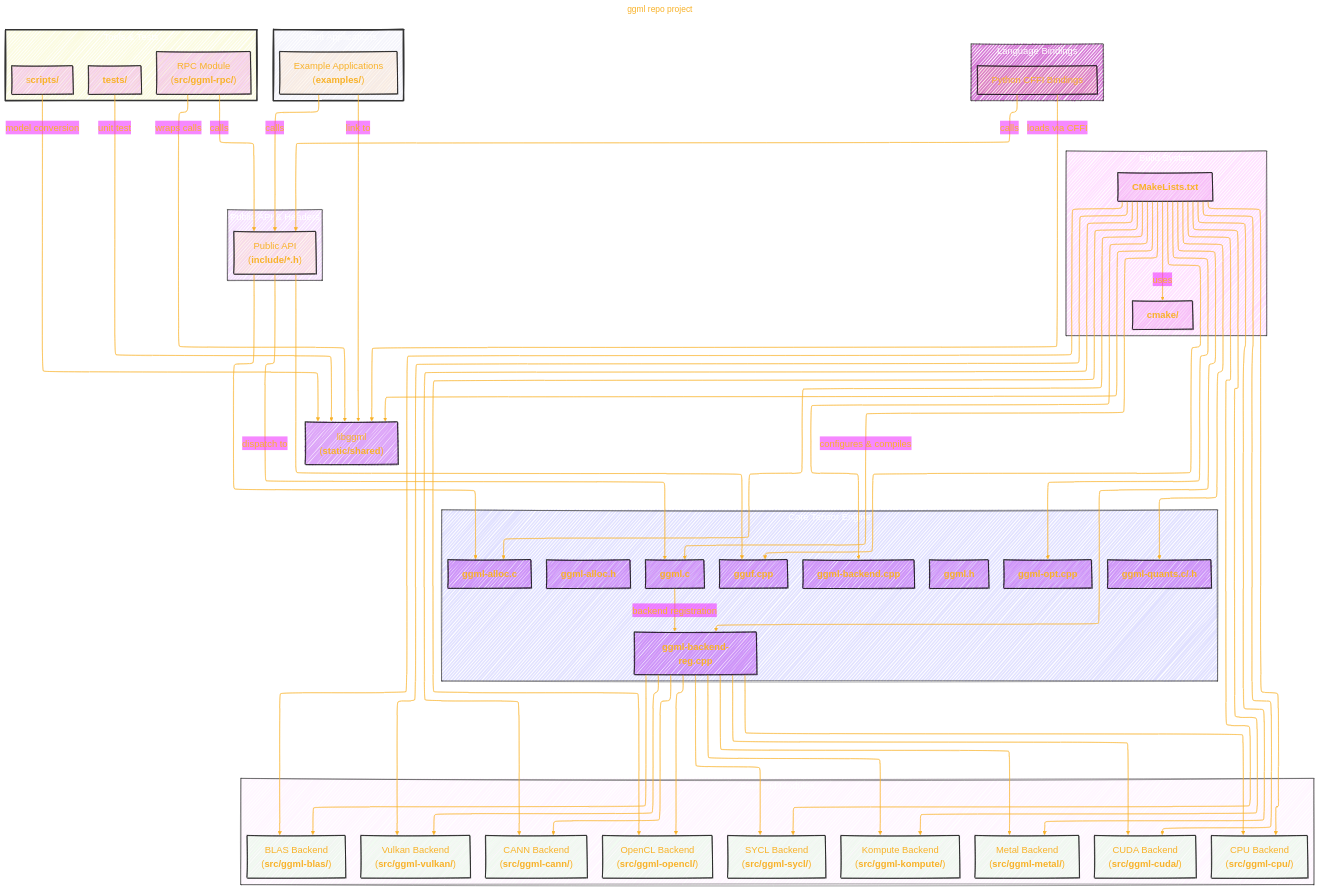
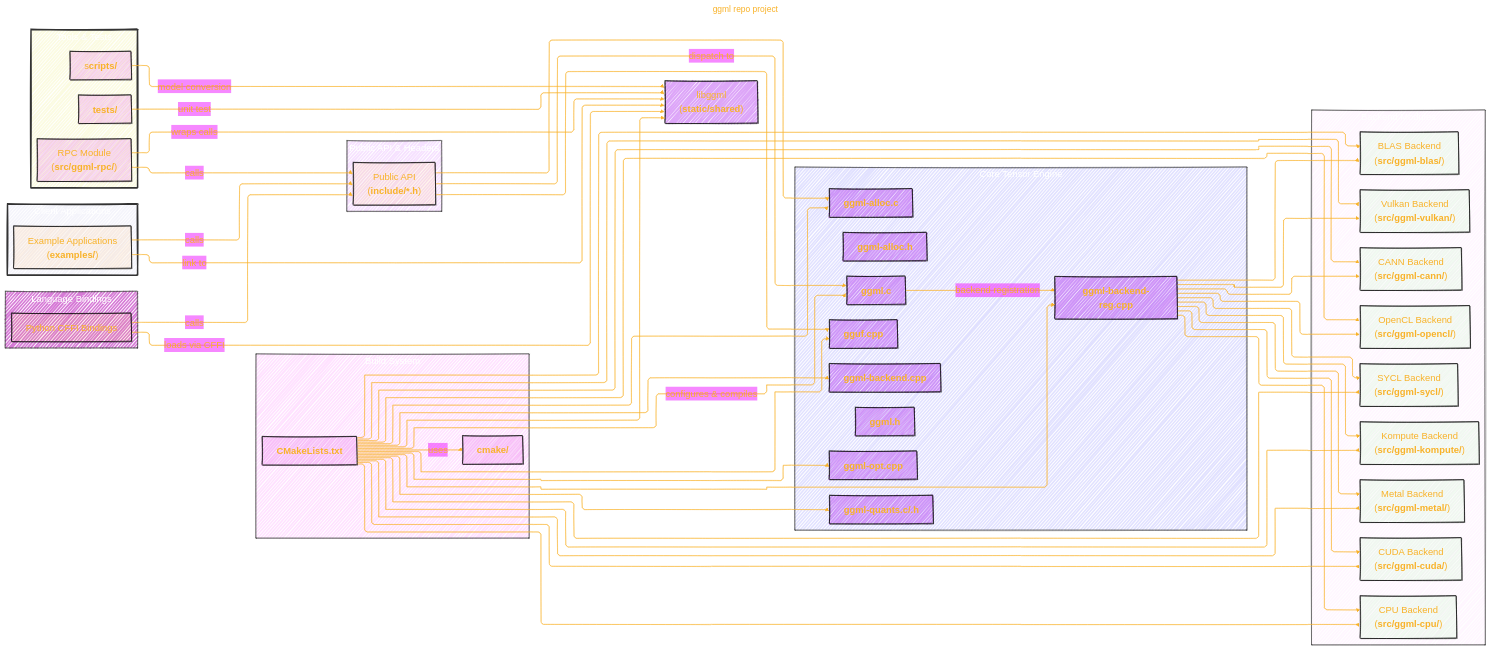
One commit to CongLeSolutionX/Synthetic-Zooniverse changed the first of 2 diagrams in GGML_ORG/GitHub_repo_projects/ggml.md. Above: the diagram before and after it, drawn with Mermaid.

```diff
--- a/GGML_ORG/GitHub_repo_projects/ggml.md
+++ b/GGML_ORG/GitHub_repo_projects/ggml.md
@@ -59,7 +59,7 @@
 %% basis, bumpX, bumpY, cardinal, catmullRom, linear, monotoneX, monotoneY, natural, step, stepAfter, stepBefore.
 %%{
   init: {
-    'flowchart': { 'htmlLabels': true, 'curve': 'basis' },
+    'flowchart': { 'htmlLabels': true, 'curve': 'bumpY' },
     'fontFamily': 'American Typewriter, monospace',
     'logLevel': 'fatal',
     'themeVariables': {
@@ -74,7 +74,7 @@
     }
   }
 }%%
-flowchart TD
+flowchart LR
     %% Build-time flow
     subgraph Build_System["Build System"]
     style Build_System fill:#F2F2,stroke:#333,stroke-width:1px, color: #FFFF
```
